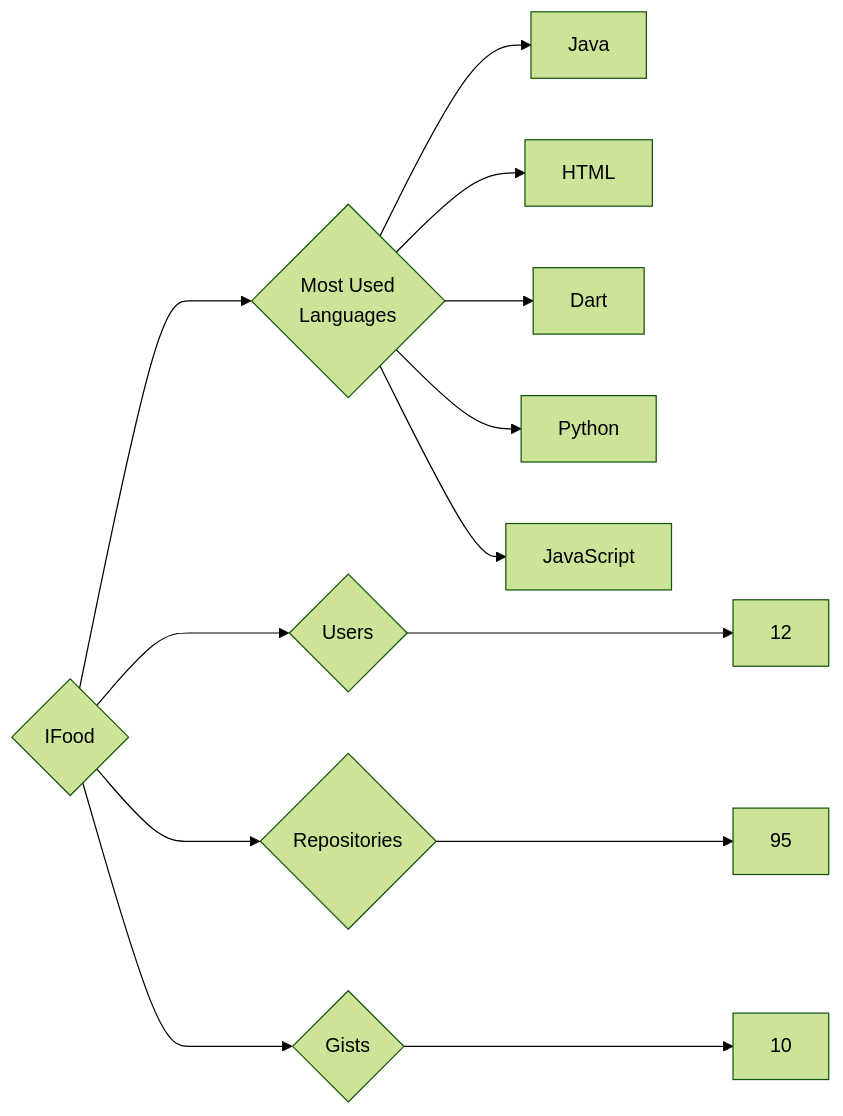
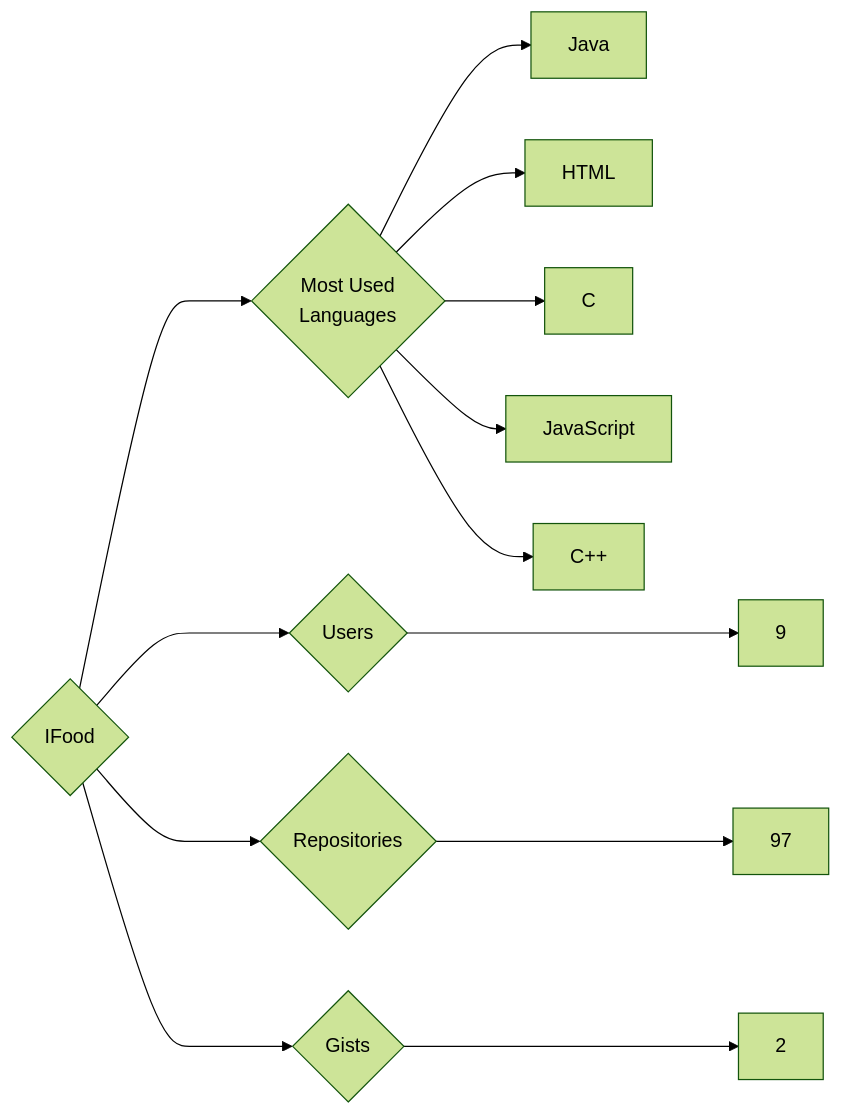
Before and after one commit to trickest/insiders: the diagram in targets/IFood/README.md, drawn with Mermaid (forest theme). The commit also changed 1141 other files, not shown here.

````diff
--- a/targets/IFood/README.md
+++ b/targets/IFood/README.md
@@ -3,13 +3,13 @@
 ```mermaid
 graph LR
 COMPANY_NAME{IFood}
-COMPANY_NAME ---> U{Users} ---> UN[12]
-COMPANY_NAME ---> R{Repositories} ---> RN[95]
-COMPANY_NAME ---> G{Gists} ---> GN[10]
+COMPANY_NAME ---> U{Users} ---> UN[9]
+COMPANY_NAME ---> R{Repositories} ---> RN[97]
+COMPANY_NAME ---> G{Gists} ---> GN[2]
 COMPANY_NAME ---> ML{Most Used<br>Languages}
 ML --> Java[Java]
 ML --> HTML[HTML]
-ML --> Dart[Dart]
-ML --> Python[Python]
+ML --> C[C]
 ML --> JavaScript[JavaScript]
+ML --> C++[C++]
 ```
````
